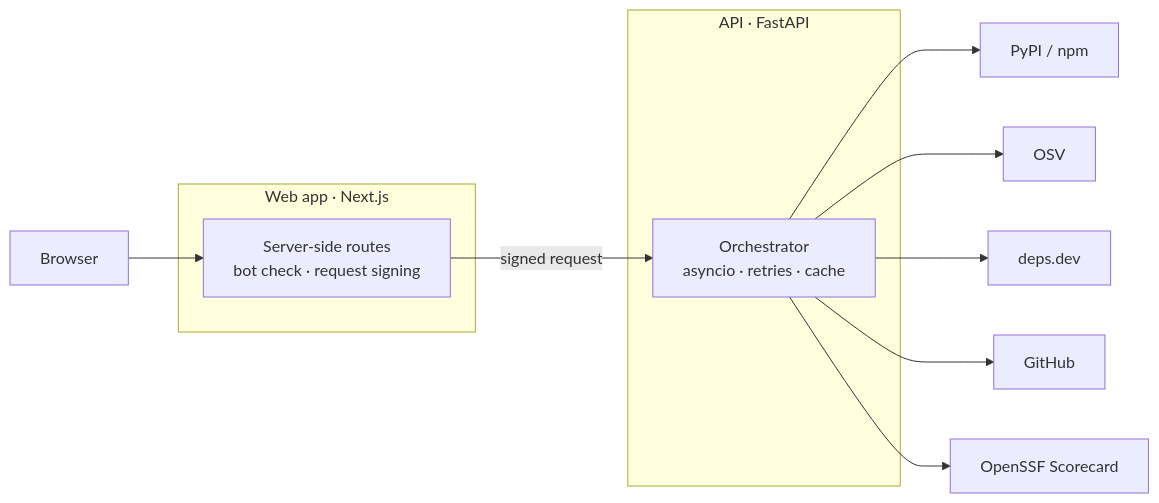
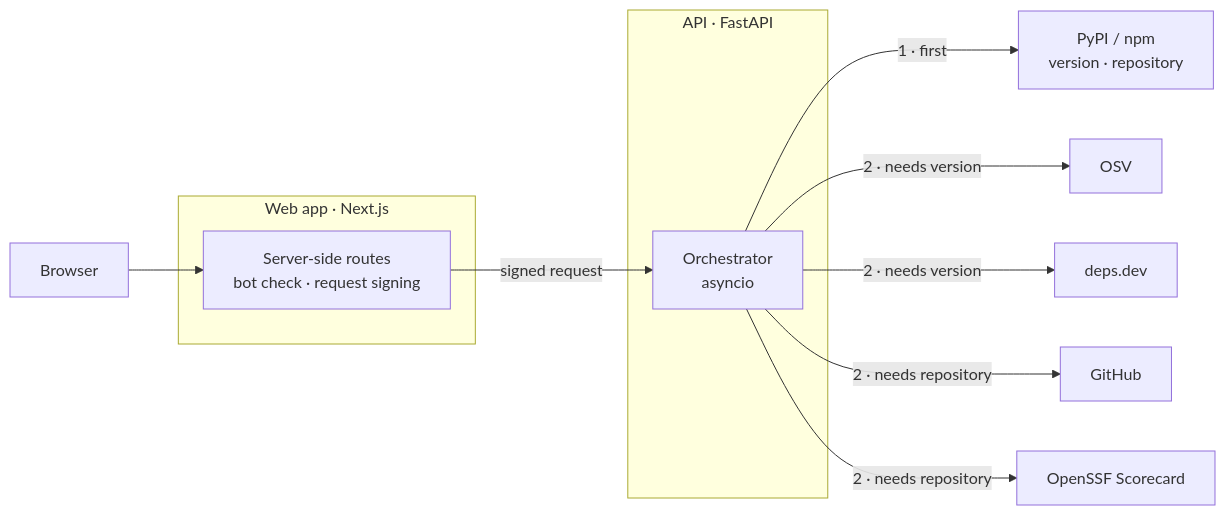
One commit to nish1013/packagepulse changed the diagram in README.md. Above: the diagram before and after it, drawn with Mermaid. The commit also changed other lines of this file, not shown here.

````diff
--- a/README.md
+++ b/README.md
@@ -23,16 +23,16 @@
 ```mermaid
 flowchart LR
     B["Browser"] --> P
     subgraph Web["Web app · Next.js"]
         P["Server-side routes<br/>bot check · request signing"]
     end
     P -->|"signed request"| O
     subgraph API["API · FastAPI"]
-        O["Orchestrator<br/>asyncio · retries · cache"]
+        O["Orchestrator<br/>asyncio"]
     end
-    O --> R["PyPI / npm"]
-    O --> OSV["OSV"]
-    O --> D["deps.dev"]
-    O --> G["GitHub"]
-    O --> S["OpenSSF Scorecard"]
+    O -->|"1 · first"| R["PyPI / npm<br/>version · repository"]
+    O -->|"2 · needs version"| OSV["OSV"]
+    O -->|"2 · needs version"| D["deps.dev"]
+    O -->|"2 · needs repository"| G["GitHub"]
+    O -->|"2 · needs repository"| S["OpenSSF Scorecard"]
 ```
````
